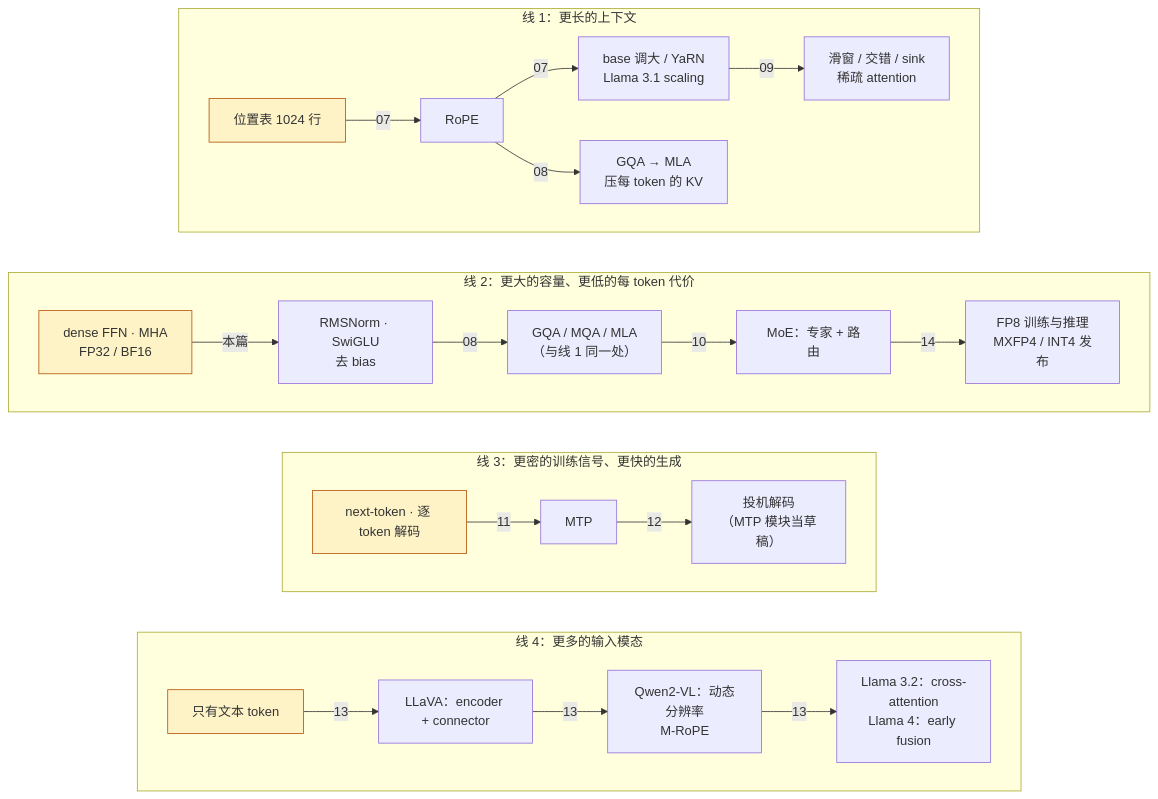
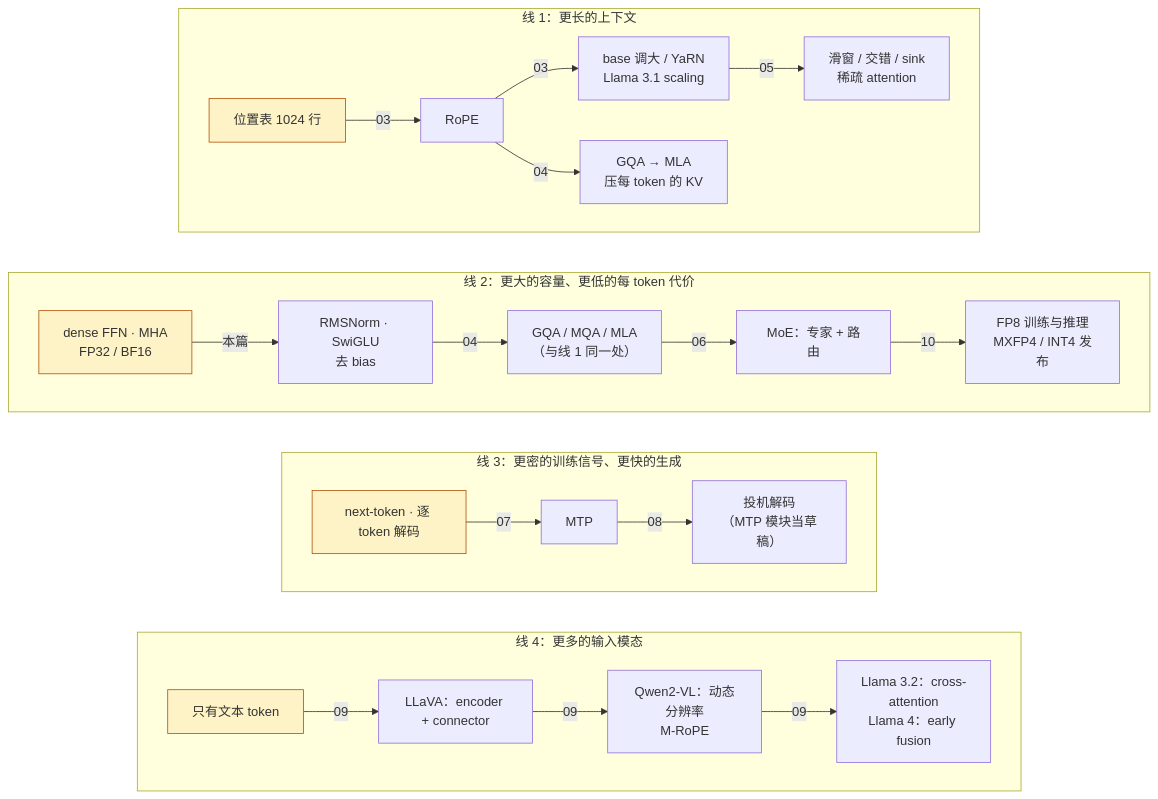
Before and after one commit to arganzheng/arganzheng.github.com: the second of 3 diagrams in _posts/2026-04-02-llm-architecture-evolution-roadmap-from-gpt2.md, drawn with Mermaid. The commit also changed other lines of this file and 22 other files, not shown here.

````diff
--- a/_posts/2026-04-02-llm-architecture-evolution-roadmap-from-gpt2.md
+++ b/_posts/2026-04-02-llm-architecture-evolution-roadmap-from-gpt2.md
@@ -87,25 +84,25 @@
 ```mermaid
 %%{init: {"flowchart": {"wrappingWidth": 130}}}%%
 %% 图：四条演进线与各站所在的篇：每条线从 GPT-2 的填法出发，依次经过提出它们的改动，箭头上的篇号是展开位置
 flowchart TB
     subgraph L1["线 1：更长的上下文"]
         direction LR
-        A0["位置表 1024 行"] -->|07| A1["RoPE"] -->|07| A2["base 调大 / YaRN<br/>Llama 3.1 scaling"] -->|09| A3["滑窗 / 交错 / sink<br/>稀疏 attention"]
-        A1 -->|08| A4["GQA → MLA<br/>压每 token 的 KV"]
+        A0["位置表 1024 行"] -->|03| A1["RoPE"] -->|03| A2["base 调大 / YaRN<br/>Llama 3.1 scaling"] -->|05| A3["滑窗 / 交错 / sink<br/>稀疏 attention"]
+        A1 -->|04| A4["GQA → MLA<br/>压每 token 的 KV"]
     end
     subgraph L2["线 2：更大的容量、更低的每 token 代价"]
         direction LR
-        B0["dense FFN · MHA<br/>FP32 / BF16"] -->|本篇| B1["RMSNorm · SwiGLU<br/>去 bias"] -->|08| B2["GQA / MQA / MLA<br/>（与线 1 同一处）"] -->|10| B3["MoE：专家 + 路由"] -->|14| B4["FP8 训练与推理<br/>MXFP4 / INT4 发布"]
+        B0["dense FFN · MHA<br/>FP32 / BF16"] -->|本篇| B1["RMSNorm · SwiGLU<br/>去 bias"] -->|04| B2["GQA / MQA / MLA<br/>（与线 1 同一处）"] -->|06| B3["MoE：专家 + 路由"] -->|10| B4["FP8 训练与推理<br/>MXFP4 / INT4 发布"]
     end
     subgraph L3["线 3：更密的训练信号、更快的生成"]
         direction LR
-        C0["next-token · 逐 token 解码"] -->|11| C1["MTP"] -->|12| C2["投机解码<br/>（MTP 模块当草稿）"]
+        C0["next-token · 逐 token 解码"] -->|07| C1["MTP"] -->|08| C2["投机解码<br/>（MTP 模块当草稿）"]
     end
     subgraph L4["线 4：更多的输入模态"]
         direction LR
-        D0["只有文本 token"] -->|13| D1["LLaVA：encoder + connector"] -->|13| D2["Qwen2-VL：动态分辨率<br/>M-RoPE"] -->|13| D3["Llama 3.2：cross-attention<br/>Llama 4：early fusion"]
+        D0["只有文本 token"] -->|09| D1["LLaVA：encoder + connector"] -->|09| D2["Qwen2-VL：动态分辨率<br/>M-RoPE"] -->|09| D3["Llama 3.2：cross-attention<br/>Llama 4：early fusion"]
     end
     L1 ~~~ L2 ~~~ L3 ~~~ L4
     classDef base fill:#fef3c7,stroke:#b45309;
     class A0,B0,C0,D0 base;
 ```
````
